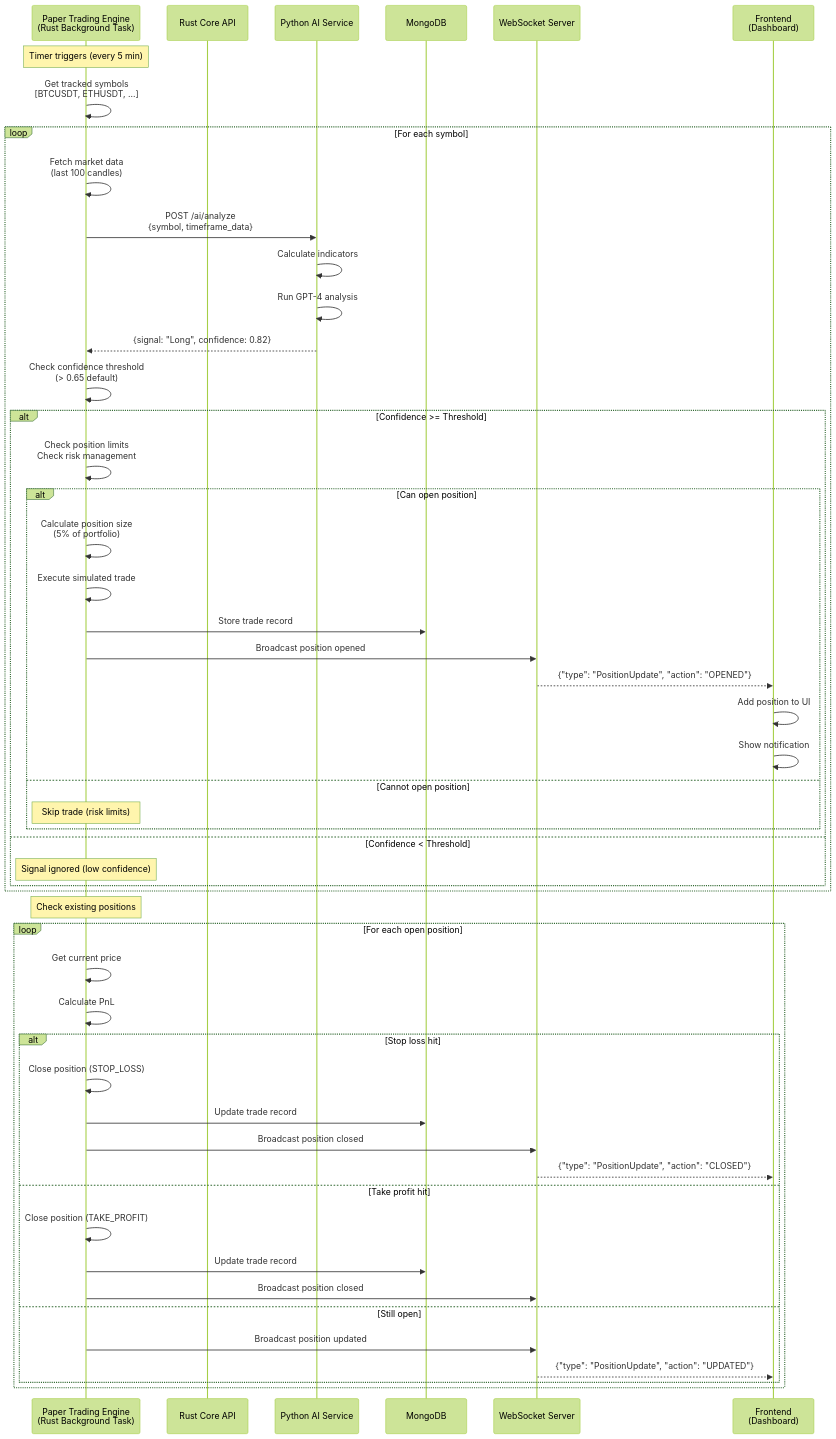
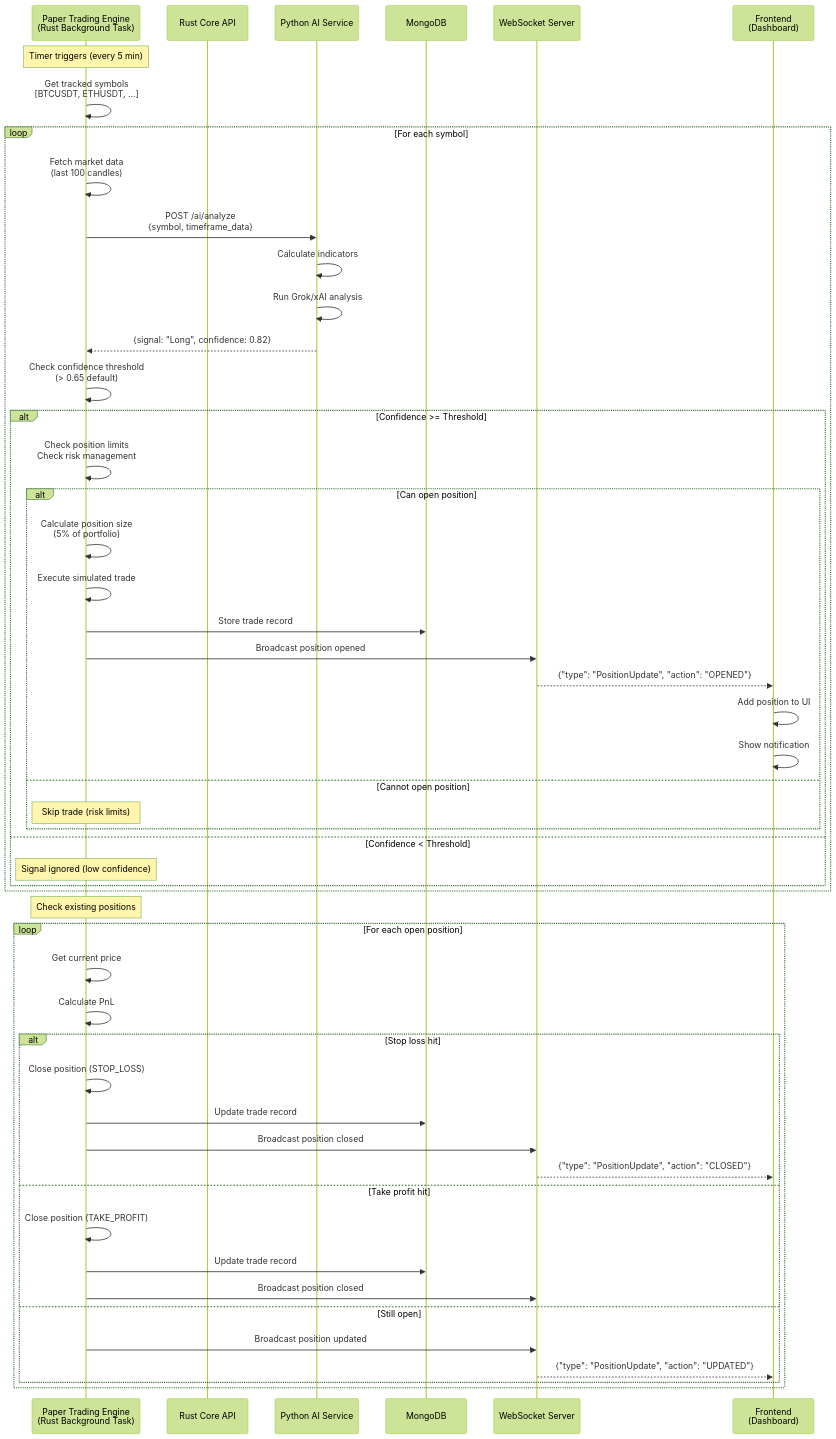
One commit to magic-ai-trading-bot/bot-core changed the sixth of 14 diagrams in specifications/02-design/2.3-api/API-SEQUENCES.mermaid. Above: the diagram before and after it, drawn with Mermaid (forest theme). The commit also changed other lines of this file and 52 other files, not shown here.

````diff
--- a/specifications/02-design/2.3-api/API-SEQUENCES.mermaid
+++ b/specifications/02-design/2.3-api/API-SEQUENCES.mermaid
@@ -175,67 +175,67 @@
 ```mermaid
 sequenceDiagram
     participant PaperEngine as Paper Trading Engine<br/>(Rust Background Task)
     participant RustAPI as Rust Core API
     participant PythonAI as Python AI Service
     participant MongoDB
     participant WebSocket as WebSocket Server
     participant Frontend as Frontend<br/>(Dashboard)
 
     Note over PaperEngine: Timer triggers (every 5 min)
 
     PaperEngine->>PaperEngine: Get tracked symbols<br/>[BTCUSDT, ETHUSDT, ...]
 
     loop For each symbol
         PaperEngine->>PaperEngine: Fetch market data<br/>(last 100 candles)
 
         PaperEngine->>PythonAI: POST /ai/analyze<br/>{symbol, timeframe_data}
 
         PythonAI->>PythonAI: Calculate indicators
-        PythonAI->>PythonAI: Run GPT-4 analysis
+        PythonAI->>PythonAI: Run Grok/xAI analysis
         PythonAI-->>PaperEngine: {signal: "Long", confidence: 0.82}
 
         PaperEngine->>PaperEngine: Check confidence threshold<br/>(> 0.65 default)
 
         alt Confidence >= Threshold
             PaperEngine->>PaperEngine: Check position limits<br/>Check risk management
 
             alt Can open position
                 PaperEngine->>PaperEngine: Calculate position size<br/>(5% of portfolio)
 
                 PaperEngine->>PaperEngine: Execute simulated trade
                 PaperEngine->>MongoDB: Store trade record
 
                 PaperEngine->>WebSocket: Broadcast position opened
                 WebSocket-->>Frontend: {"type": "PositionUpdate", "action": "OPENED"}
 
                 Frontend->>Frontend: Add position to UI
                 Frontend->>Frontend: Show notification
             else Cannot open position
                 Note over PaperEngine: Skip trade (risk limits)
             end
         else Confidence < Threshold
             Note over PaperEngine: Signal ignored (low confidence)
         end
     end
 
     Note over PaperEngine: Check existing positions
 
     loop For each open position
         PaperEngine->>PaperEngine: Get current price
         PaperEngine->>PaperEngine: Calculate PnL
 
         alt Stop loss hit
             PaperEngine->>PaperEngine: Close position (STOP_LOSS)
             PaperEngine->>MongoDB: Update trade record
             PaperEngine->>WebSocket: Broadcast position closed
             WebSocket-->>Frontend: {"type": "PositionUpdate", "action": "CLOSED"}
         else Take profit hit
             PaperEngine->>PaperEngine: Close position (TAKE_PROFIT)
             PaperEngine->>MongoDB: Update trade record
             PaperEngine->>WebSocket: Broadcast position closed
         else Still open
             PaperEngine->>WebSocket: Broadcast position updated
             WebSocket-->>Frontend: {"type": "PositionUpdate", "action": "UPDATED"}
         end
     end
 ```
````
